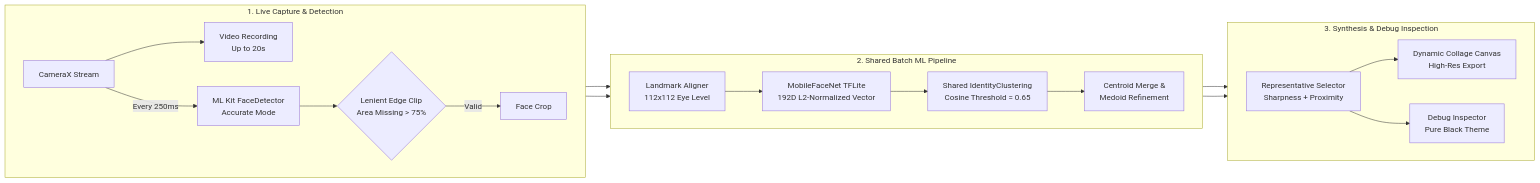
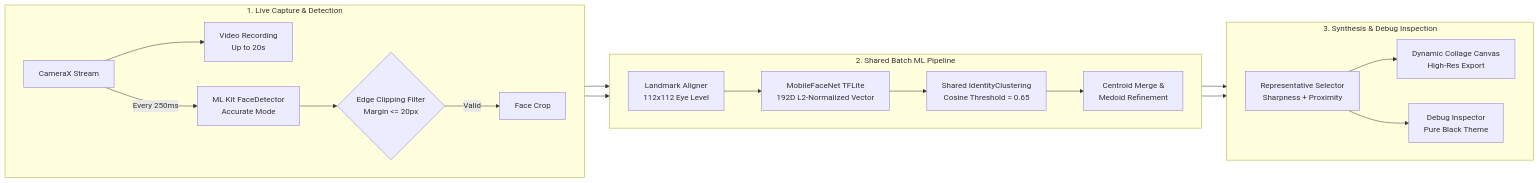
The diagram in README.md (psycocodes/iykyk-task0), drawn with Mermaid before and after one commit. The commit also changed other lines of this file, not shown here.

````diff
--- a/README.md
+++ b/README.md
@@ -18,27 +45,27 @@
 ```mermaid
 flowchart LR
     subgraph Capture ["1. Live Capture & Detection"]
         direction LR
         Cam[CameraX Stream] --> Rec[Video Recording<br/>Up to 20s]
         Cam -->|Every 250ms| MLKit[ML Kit FaceDetector<br/>Accurate Mode]
-        MLKit --> EdgeClip{Lenient Edge Clip<br/>Area Missing > 75%}
+        MLKit --> EdgeClip{Edge Clipping Filter<br/>Margin <= 20px}
         EdgeClip -->|Valid| Crop[Face Crop]
     end
 
     subgraph Clustering ["2. Shared Batch ML Pipeline"]
         direction LR
         Crop --> Align[Landmark Aligner<br/>112x112 Eye Level]
         Align --> TFLite[MobileFaceNet TFLite<br/>192D L2-Normalized Vector]
         TFLite --> Cluster[Shared IdentityClustering<br/>Cosine Threshold = 0.65]
         Cluster --> Refine[Centroid Merge &<br/>Medoid Refinement]
     end
 
     subgraph Output ["3. Synthesis & Debug Inspection"]
         direction LR
         Refine --> Rep[Representative Selector<br/>Sharpness + Proximity]
         Rep --> Collage[Dynamic Collage Canvas<br/>High-Res Export]
         Rep --> DebugUI[Debug Inspector<br/>Pure Black Theme]
     end
 
     Capture --> Clustering --> Output
 ```
````
